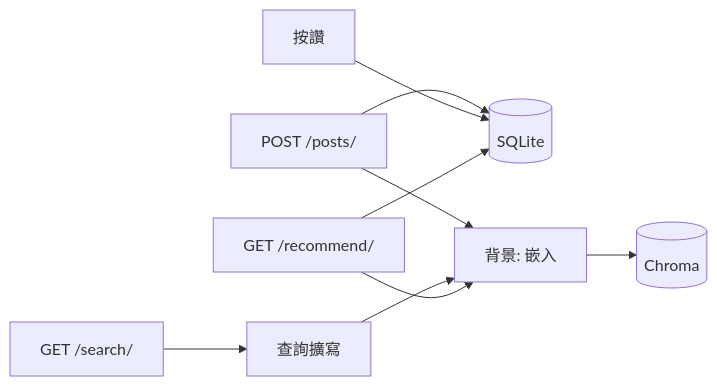
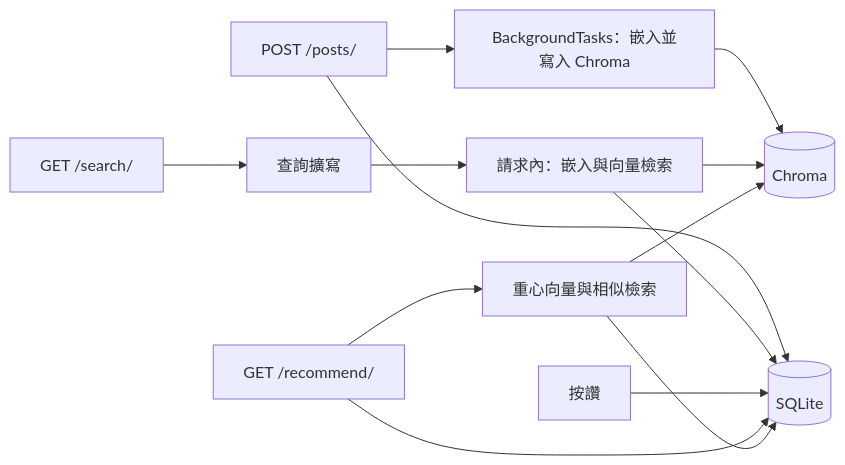
The diagram in README.zh-TW.md (Lucien0420/semantic-search-recommendation-mvp), drawn with Mermaid before and after one commit. The commit also changed other lines of this file and 1 other file, not shown here.

Commit message:
docs: clarify mermaid flow; full-width screenshot layout in README

````diff
--- a/README.zh-TW.md
+++ b/README.zh-TW.md
@@ -25,11 +25,15 @@
 ```mermaid
 flowchart LR
   A[POST /posts/] --> B[(SQLite)]
-  A --> C[背景: 嵌入]
+  A --> C[BackgroundTasks：嵌入並寫入 Chroma]
   C --> D[(Chroma)]
   E[GET /search/] --> F[查詢擴寫]
-  F --> C
+  F --> S[請求內：嵌入與向量檢索]
+  S --> D
+  S --> B
   G[按讚] --> B
-  H[GET /recommend/] --> C
-  H --> B
+  H[GET /recommend/] --> B
+  H --> R[重心向量與相似檢索]
+  R --> D
+  R --> B
 ```
````
